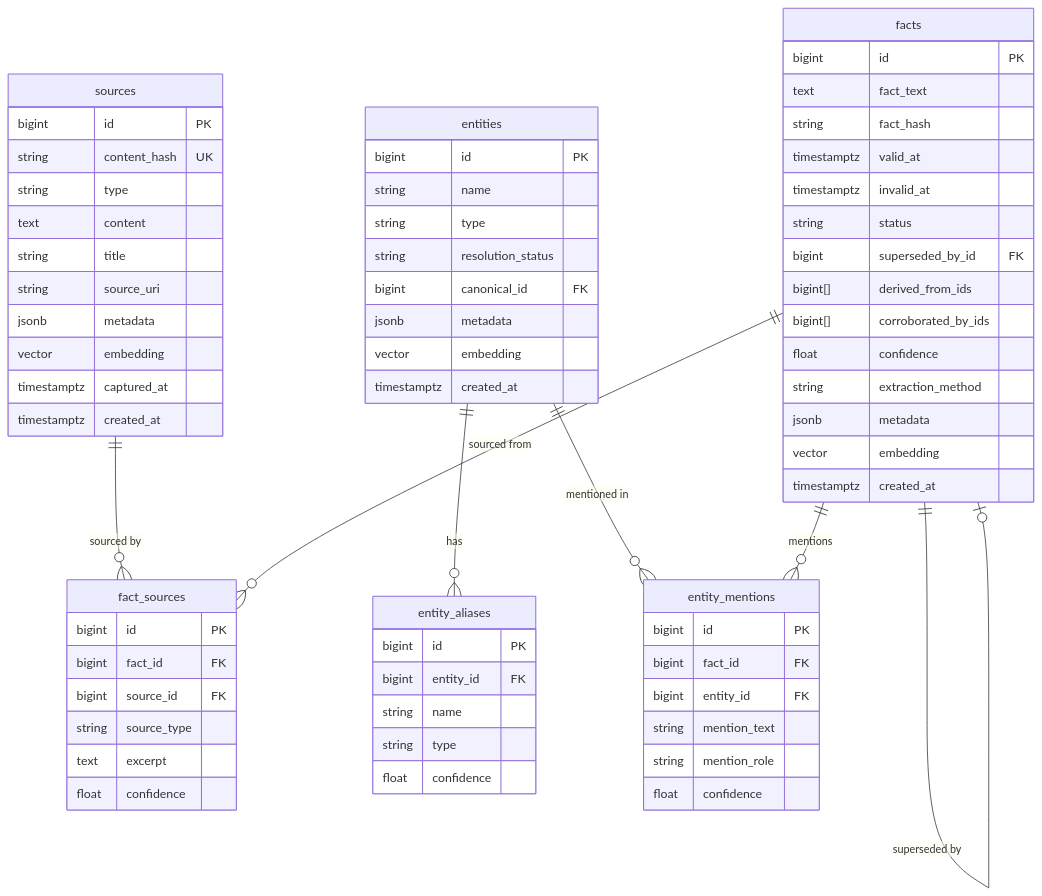
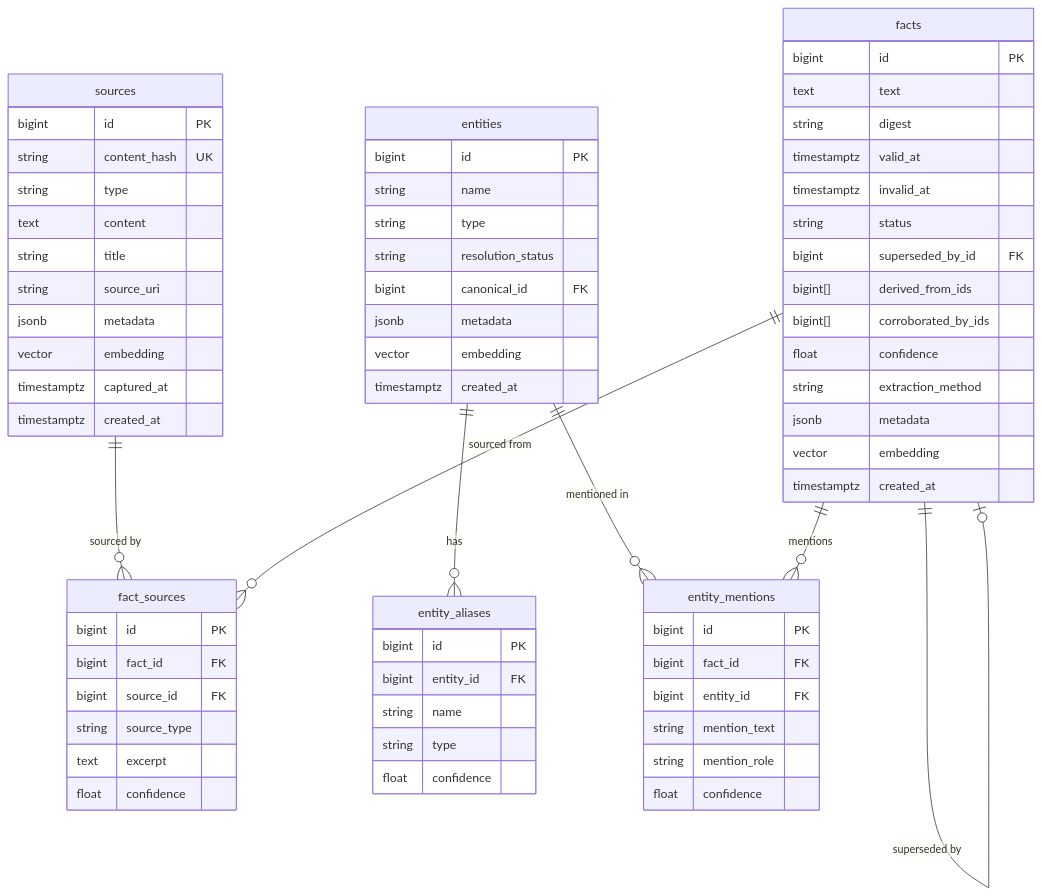
One commit to MadBomber/fact_db changed the diagram in docs/architecture/database-schema.md. Above: the diagram before and after it, drawn with Mermaid. The commit also changed other lines of this file and 54 other files, not shown here.

First line of the commit message:
refactor(model)!: rename fact_text attribute to text

````diff
--- a/docs/architecture/database-schema.md
+++ b/docs/architecture/database-schema.md
@@ -7,76 +7,76 @@
 ```mermaid
 erDiagram
     sources ||--o{ fact_sources : "sourced by"
     entities ||--o{ entity_aliases : "has"
     entities ||--o{ entity_mentions : "mentioned in"
     facts ||--o{ entity_mentions : "mentions"
     facts ||--o{ fact_sources : "sourced from"
     facts ||--o| facts : "superseded by"
 
     sources {
         bigint id PK
         string content_hash UK
         string type
         text content
         string title
         string source_uri
         jsonb metadata
         vector embedding
         timestamptz captured_at
         timestamptz created_at
     }
 
     entities {
         bigint id PK
         string name
         string type
         string resolution_status
         bigint canonical_id FK
         jsonb metadata
         vector embedding
         timestamptz created_at
     }
 
     entity_aliases {
         bigint id PK
         bigint entity_id FK
         string name
         string type
         float confidence
     }
 
     facts {
         bigint id PK
-        text fact_text
-        string fact_hash
+        text text
+        string digest
         timestamptz valid_at
         timestamptz invalid_at
         string status
         bigint superseded_by_id FK
         bigint[] derived_from_ids
         bigint[] corroborated_by_ids
         float confidence
         string extraction_method
         jsonb metadata
         vector embedding
         timestamptz created_at
     }
 
     entity_mentions {
         bigint id PK
         bigint fact_id FK
         bigint entity_id FK
         string mention_text
         string mention_role
         float confidence
     }
 
     fact_sources {
         bigint id PK
         bigint fact_id FK
         bigint source_id FK
         string source_type
         text excerpt
         float confidence
     }
 ```
````
